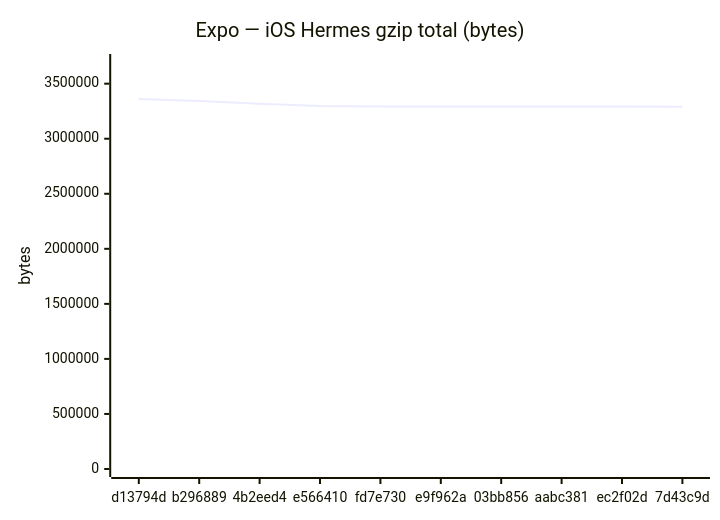
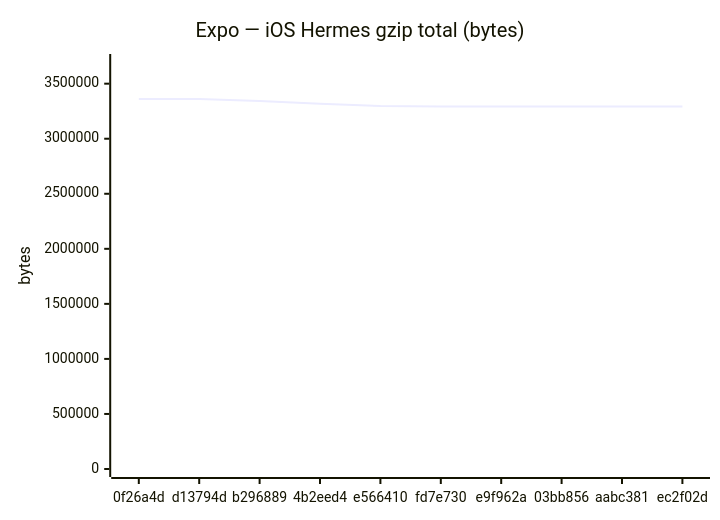
Before and after one commit to Metaheurist/Rianell: the sixth of 18 diagrams in benchmarks/compare.md, drawn with Mermaid. The commit also changed other lines of this file and 11 other files, not shown here.

````diff
--- a/benchmarks/compare.md
+++ b/benchmarks/compare.md
@@ -96,7 +96,7 @@
 ```mermaid
 xychart-beta
     title "Expo — iOS Hermes gzip total (bytes)"
-    x-axis ["d13794d", "b296889", "4b2eed4", "e566410", "fd7e730", "e9f962a", "03bb856", "aabc381", "ec2f02d", "7d43c9d"]
+    x-axis ["0f26a4d", "d13794d", "b296889", "4b2eed4", "e566410", "fd7e730", "e9f962a", "03bb856", "aabc381", "ec2f02d"]
     y-axis "bytes" 0 --> 3696854
-    line [3360776, 3341646, 3316545, 3297734, 3293199, 3293198, 3293200, 3293409, 3293314, 3291396]
+    line [3360774, 3360776, 3341646, 3316545, 3297734, 3293199, 3293198, 3293200, 3293409, 3293314]
 ```
````
